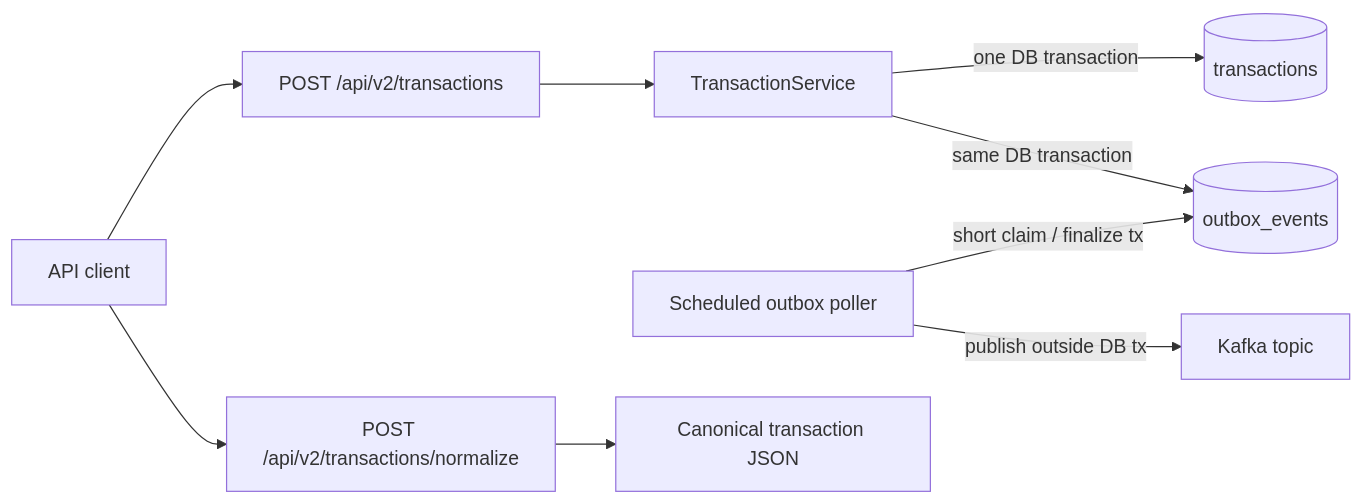
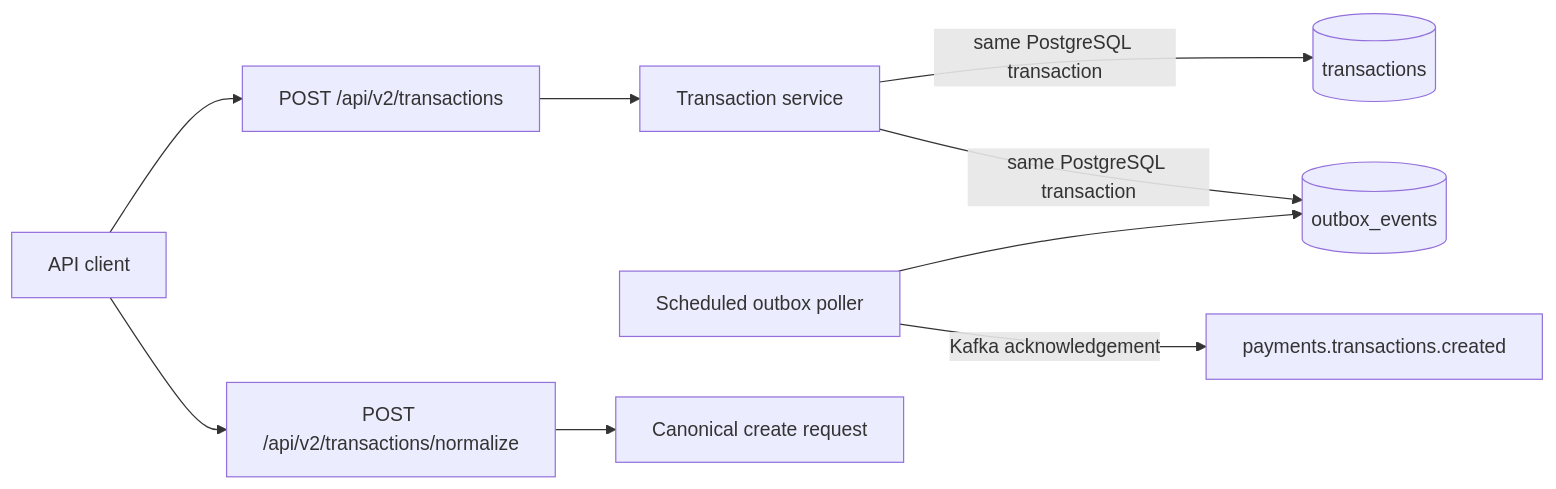
One commit to tarunngusain08/transaction-outbox-service changed the diagram in README.md. Above: the diagram before and after it, drawn with Mermaid. The commit also changed other lines of this file and 6 other files, not shown here.

````diff
--- a/README.md
+++ b/README.md
@@ -9,11 +14,11 @@
 ```mermaid
 flowchart LR
     client["API client"] --> create["POST /api/v2/transactions"]
-    create --> tx["TransactionService"]
-    tx -->|"one DB transaction"| records[("transactions")]
-    tx -->|"same DB transaction"| outbox[("outbox_events")]
-    poller["Scheduled outbox poller"] -->|"short claim / finalize tx"| outbox
-    poller -->|"publish outside DB tx"| kafka["Kafka topic"]
+    create --> service["Transaction service"]
+    service -->|"same PostgreSQL transaction"| transaction[("transactions")]
+    service -->|"same PostgreSQL transaction"| outbox[("outbox_events")]
+    poller["Scheduled outbox poller"] --> outbox
+    poller -->|"Kafka acknowledgement"| kafka["payments.transactions.created"]
     client --> normalize["POST /api/v2/transactions/normalize"]
-    normalize --> canonical["Canonical transaction JSON"]
+    normalize --> canonical["Canonical create request"]
 ```
````
